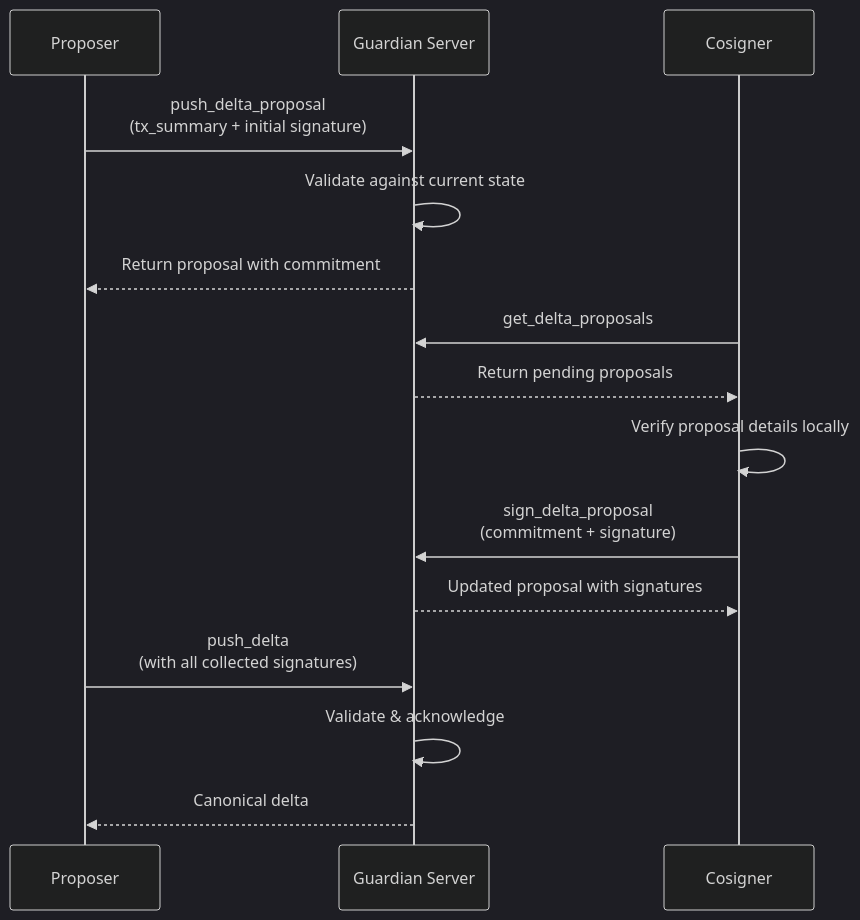
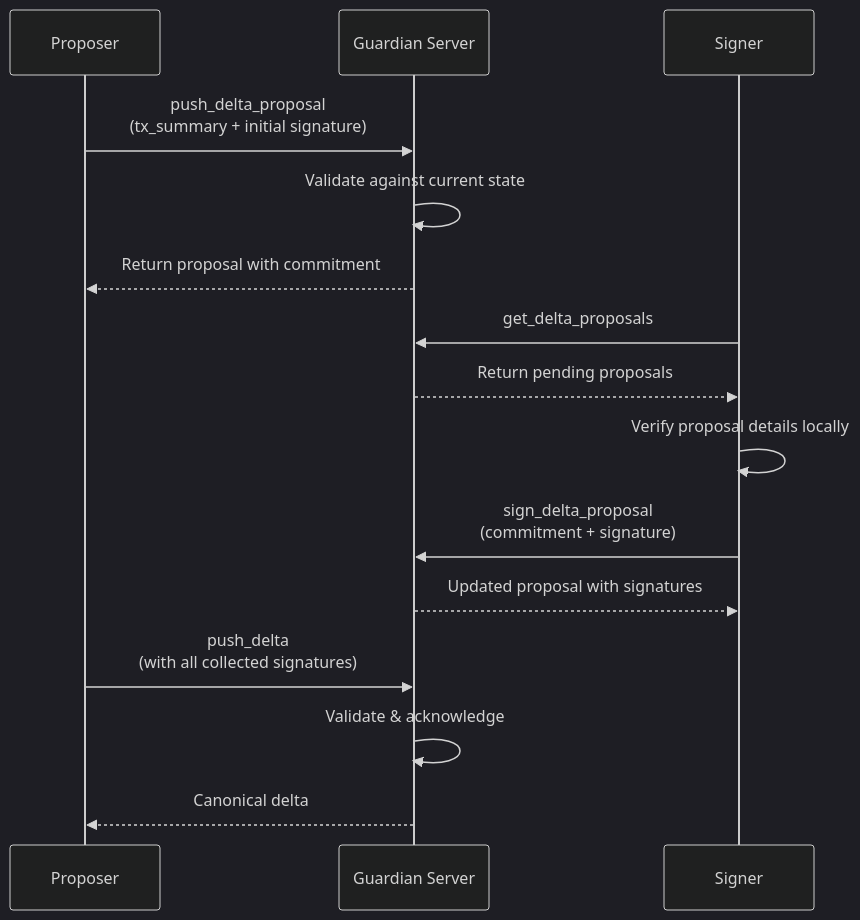
One commit to 0xMiden/miden-docs changed the third of 3 diagrams in docs/builder/miden-guardian/core-concepts/data-structures.md. Above: the diagram before and after it, drawn with Mermaid (dark theme). The commit also changed other lines of this file and 13 other files, not shown here.

First line of the commit message:
docs: expand Guardian architecture docs

````diff
--- a/docs/builder/miden-guardian/core-concepts/data-structures.md
+++ b/docs/builder/miden-guardian/core-concepts/data-structures.md
@@ -96,21 +129,21 @@
 ```mermaid
 sequenceDiagram
     participant P as Proposer
     participant Guardian as Guardian Server
-    participant C as Cosigner
+    participant S as Signer
 
     P->>Guardian: push_delta_proposal<br/>(tx_summary + initial signature)
     Guardian->>Guardian: Validate against current state
     Guardian-->>P: Return proposal with commitment
 
-    C->>Guardian: get_delta_proposals
-    Guardian-->>C: Return pending proposals
+    S->>Guardian: get_delta_proposals
+    Guardian-->>S: Return pending proposals
 
-    C->>C: Verify proposal details locally
-    C->>Guardian: sign_delta_proposal<br/>(commitment + signature)
-    Guardian-->>C: Updated proposal with signatures
+    S->>S: Verify proposal details locally
+    S->>Guardian: sign_delta_proposal<br/>(commitment + signature)
+    Guardian-->>S: Updated proposal with signatures
 
     P->>Guardian: push_delta<br/>(with all collected signatures)
     Guardian->>Guardian: Validate & acknowledge
     Guardian-->>P: Canonical delta
 ```
````
